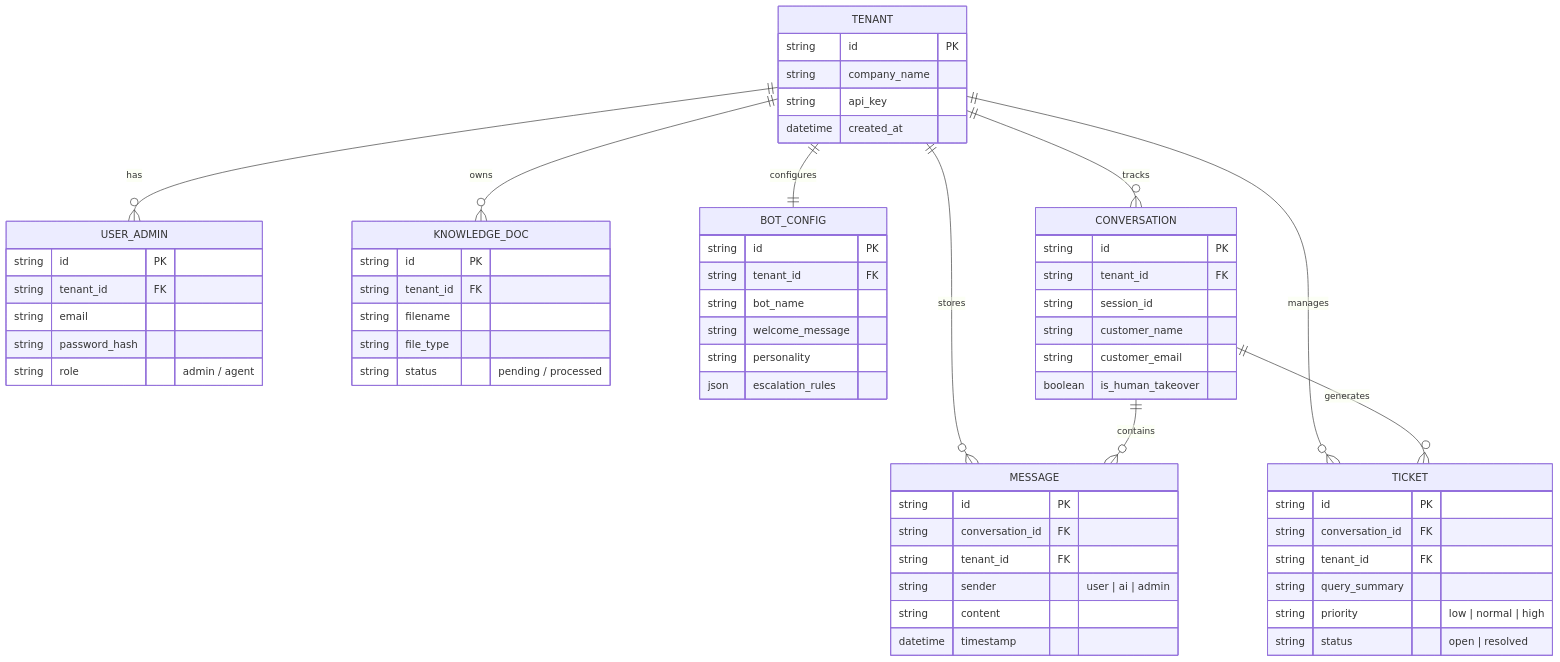
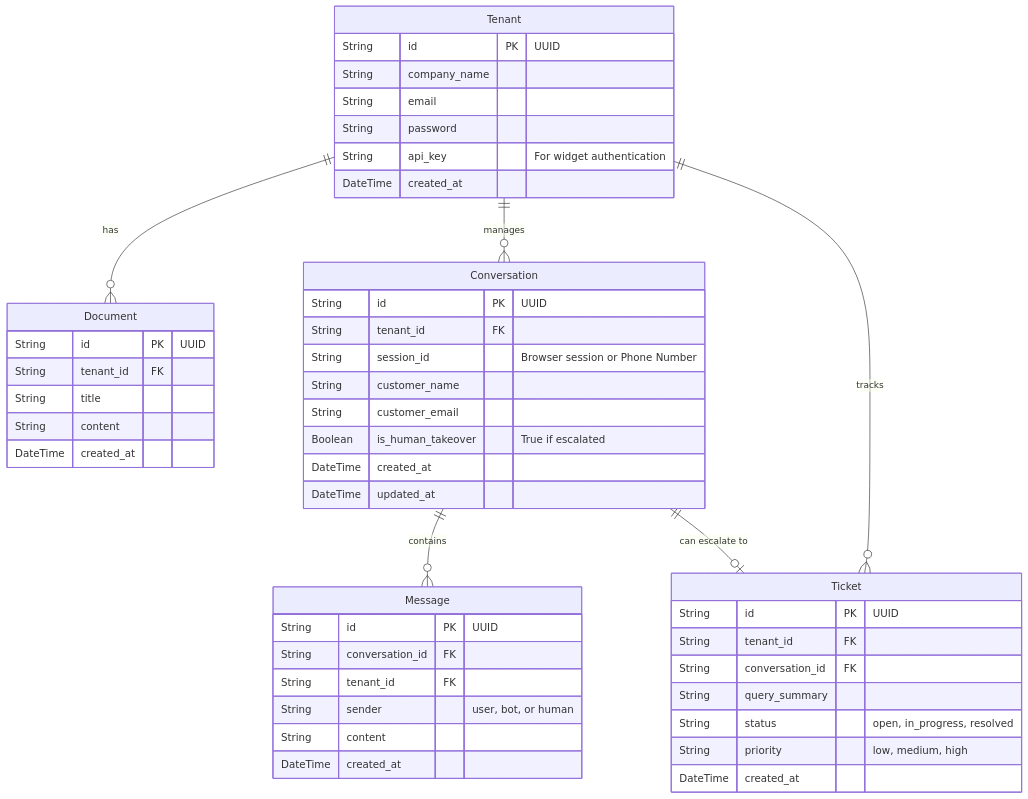
Before and after one commit to RoniMaity/AI-Customer-Support-SaaS: the diagram in entityRelationshipDiagram.md, drawn with Mermaid. The commit also changed 3 other files, not shown here.

Commit message:
docs: update system architecture and flow diagrams

````diff
--- a/entityRelationshipDiagram.md
+++ b/entityRelationshipDiagram.md
@@ -1,71 +5,55 @@
 ```mermaid
 erDiagram
-    TENANT ||--o{ USER_ADMIN : "has"
-    TENANT ||--o{ KNOWLEDGE_DOC : "owns"
-    TENANT ||--|| BOT_CONFIG : "configures"
-    TENANT ||--o{ CONVERSATION : "tracks"
-    TENANT ||--o{ MESSAGE : "stores"
-    TENANT ||--o{ TICKET : "manages"
-
-    TENANT {
-        string id PK
-        string company_name
-        string api_key
-        datetime created_at
+    Tenant {
+        String id PK "UUID"
+        String company_name
+        String email
+        String password
+        String api_key "For widget authentication"
+        DateTime created_at
     }
 
-    USER_ADMIN {
-        string id PK
-        string tenant_id FK
-        string email
-        string password_hash
-        string role "admin / agent"
+    Document {
+        String id PK "UUID"
+        String tenant_id FK
+        String title
+        String content
+        DateTime created_at
     }
 
-    BOT_CONFIG {
-        string id PK
-        string tenant_id FK
-        string bot_name
-        string welcome_message
-        string personality
-        json escalation_rules
+    Conversation {
+        String id PK "UUID"
+        String tenant_id FK
+        String session_id "Browser session or Phone Number"
+        String customer_name
+        String customer_email
+        Boolean is_human_takeover "True if escalated"
+        DateTime created_at
+        DateTime updated_at
     }
 
-    KNOWLEDGE_DOC {
-        string id PK
-        string tenant_id FK
-        string filename
-        string file_type
-        string status "pending / processed"
+    Message {
+        String id PK "UUID"
+        String conversation_id FK
+        String tenant_id FK
+        String sender "user, bot, or human"
+        String content
+        DateTime created_at
     }
 
-    CONVERSATION {
-        string id PK
-        string tenant_id FK
-        string session_id
-        string customer_name
-        string customer_email
-        boolean is_human_takeover
+    Ticket {
+        String id PK "UUID"
+        String tenant_id FK
+        String conversation_id FK
+        String query_summary
+        String status "open, in_progress, resolved"
+        String priority "low, medium, high"
+        DateTime created_at
     }
 
-    MESSAGE {
-        string id PK
-        string conversation_id FK
-        string tenant_id FK
-        string sender "user | ai | admin"
-        string content
-        datetime timestamp
-    }
-
-    TICKET {
-        string id PK
-        string conversation_id FK
-        string tenant_id FK
-        string query_summary
-        string priority "low | normal | high"
-        string status "open | resolved"
-    }
-
-    CONVERSATION ||--o{ MESSAGE : "contains"
-    CONVERSATION ||--o{ TICKET : "generates"
+    Tenant ||--o{ Document : "has"
+    Tenant ||--o{ Conversation : "manages"
+    Tenant ||--o{ Ticket : "tracks"
+    Conversation ||--o{ Message : "contains"
+    Conversation ||--o| Ticket : "can escalate to"
 ```
````
